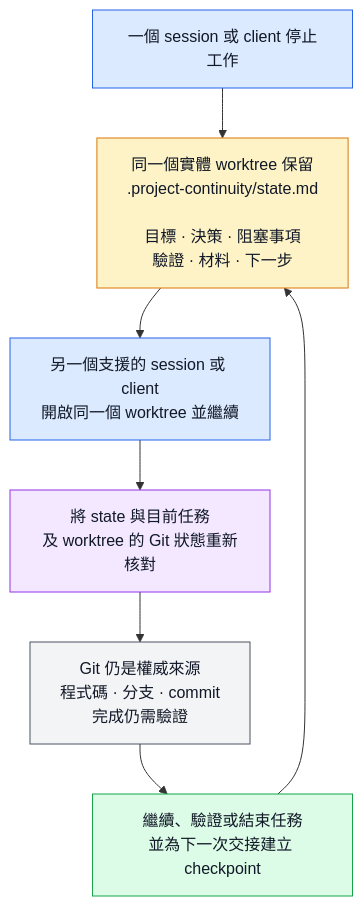
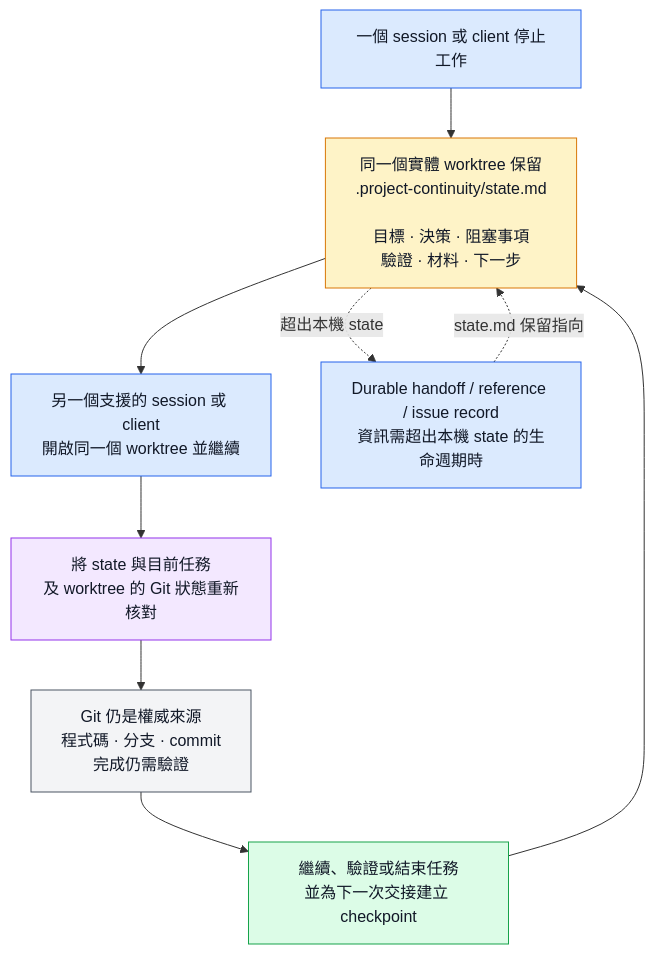
One commit to sherrilla71940/personal-agentic-dev-environment changed the third of 4 diagrams in README.zh-TW.md. Above: the diagram before and after it, drawn with Mermaid. The commit also changed other lines of this file and 1 other file, not shown here.

````diff
--- a/README.zh-TW.md
+++ b/README.zh-TW.md
@@ -171,17 +171,20 @@
 ```mermaid
 flowchart TD
     stop["一個 session 或 client 停止工作"]:::handoff
     persist["同一個實體 worktree 保留<br/>.project-continuity/state.md<br/><br/>目標 · 決策 · 阻塞事項<br/>驗證 · 材料 · 下一步"]:::state
     resume["另一個支援的 session 或 client<br/>開啟同一個 worktree 並繼續"]:::handoff
     reconcile["將 state 與目前任務<br/>及 worktree 的 Git 狀態重新核對"]:::check
     git["Git 仍是權威來源<br/>程式碼 · 分支 · commit<br/>完成仍需驗證"]:::authority
     continue["繼續、驗證或結束任務<br/>並為下一次交接建立 checkpoint"]:::work
+    durable["Durable handoff / reference / issue record<br/>資訊需超出本機 state 的生命週期時"]:::handoff
 
     stop --> persist --> resume --> reconcile --> git --> continue --> persist
+    persist -. "超出本機 state" .-> durable
+    durable -. "state.md 保留指向" .-> persist
 
     classDef handoff fill:#dbeafe,stroke:#2563eb,color:#111827
     classDef state fill:#fef3c7,stroke:#d97706,color:#111827
     classDef check fill:#f3e8ff,stroke:#9333ea,color:#111827
     classDef authority fill:#f3f4f6,stroke:#4b5563,color:#111827
     classDef work fill:#dcfce7,stroke:#16a34a,color:#111827
 ```
````
